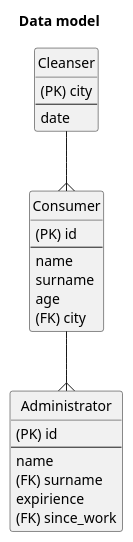
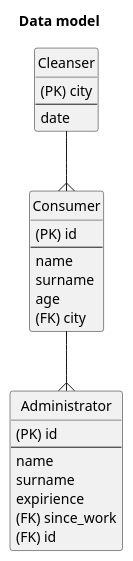
The diagram in 2-SoftwareDesign/2.7-PlantUML/DataModel.puml (oleksandrblazhko/ai204-fedorenko), drawn with PlantUML before and after one commit.

```diff
--- a/2-SoftwareDesign/2.7-PlantUML/DataModel.puml
+++ b/2-SoftwareDesign/2.7-PlantUML/DataModel.puml
@@ -1,33 +1,34 @@
 @startuml
 
 title Data model
 
 hide circle
 entity "Consumer"{
 (PK) id
 --
 name
 surname
 age
 (FK) city
 }
 
 entity "Cleanser"{
 (PK) city
 --
 date
 }
 
 entity "Administrator"{
 (PK) id
 --
 name
-(FK) surname
+surname
 expirience
 (FK) since_work
+(FK) id
 }
 
 Consumer --{ Administrator
 Cleanser --{ Consumer
 
 @enduml
```
